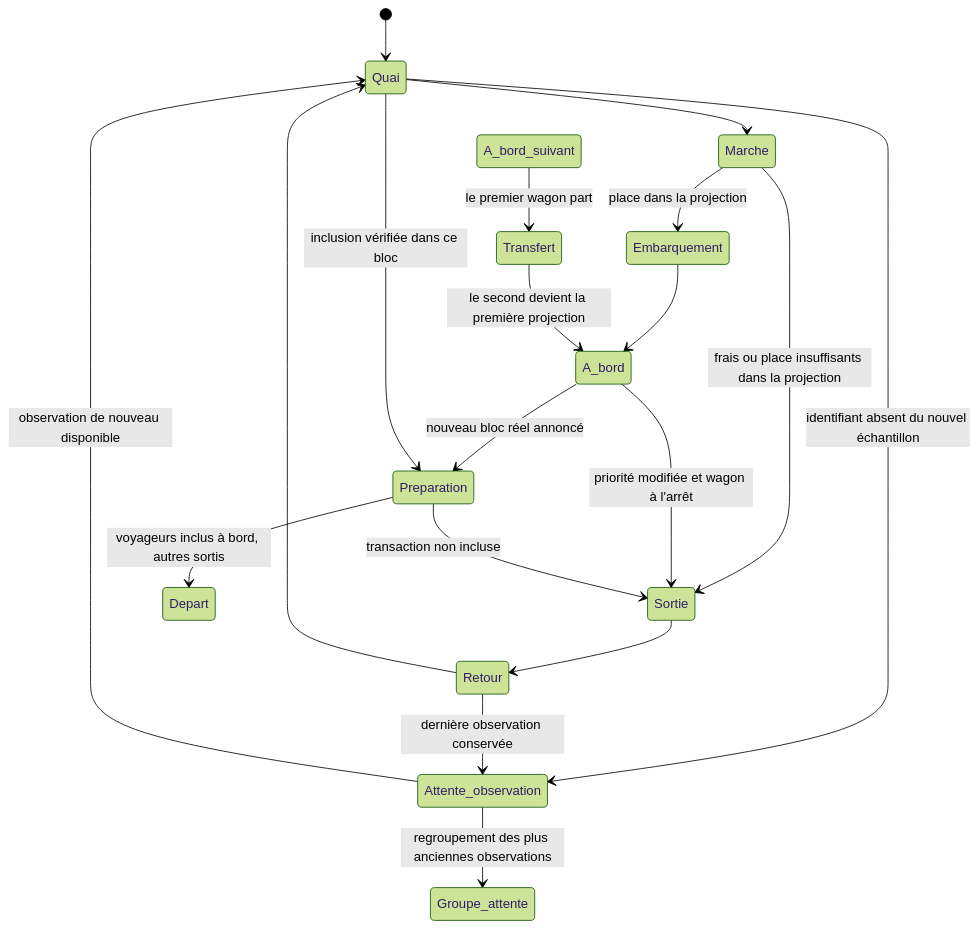
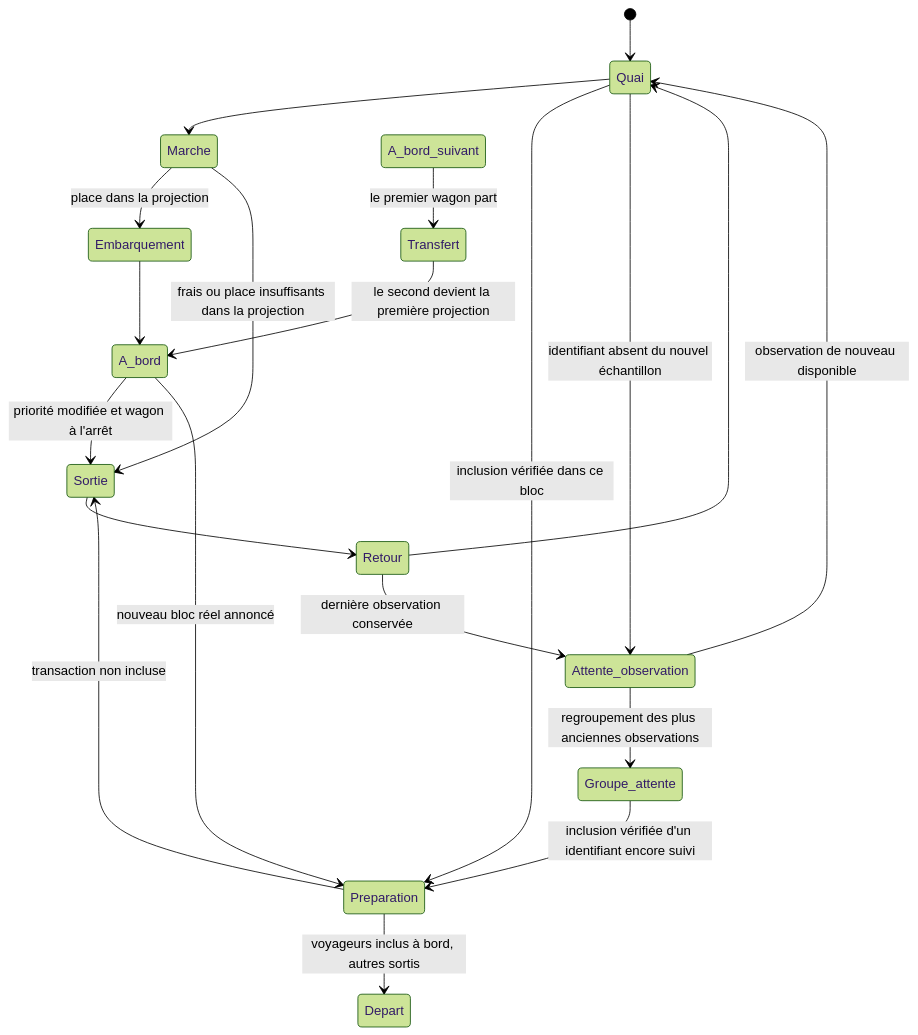
Before and after one commit to arnaud71/blocklane: the diagram in docs/animation.md, drawn with Mermaid (forest theme). The commit also changed other lines of this file and 16 other files, not shown here.

````diff
--- a/docs/animation.md
+++ b/docs/animation.md
@@ -7,21 +7,22 @@
 ```mermaid
 stateDiagram-v2
     [*] --> Quai
     Quai --> Marche
     Marche --> Embarquement: place dans la projection
     Embarquement --> A_bord
     Marche --> Sortie: frais ou place insuffisants dans la projection
     A_bord --> Sortie: priorité modifiée et wagon à l'arrêt
     A_bord --> Preparation: nouveau bloc réel annoncé
     Quai --> Preparation: inclusion vérifiée dans ce bloc
     Preparation --> Depart: voyageurs inclus à bord, autres sortis
     Preparation --> Sortie: transaction non incluse
     A_bord_suivant --> Transfert: le premier wagon part
     Transfert --> A_bord: le second devient la première projection
     Sortie --> Retour
     Retour --> Quai
     Quai --> Attente_observation: identifiant absent du nouvel échantillon
     Retour --> Attente_observation: dernière observation conservée
     Attente_observation --> Quai: observation de nouveau disponible
     Attente_observation --> Groupe_attente: regroupement des plus anciennes observations
+    Groupe_attente --> Preparation: inclusion vérifiée d'un identifiant encore suivi
 ```
````
